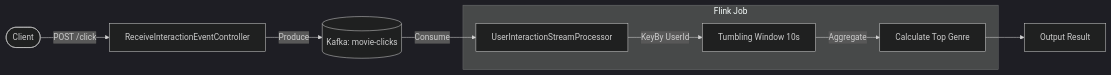
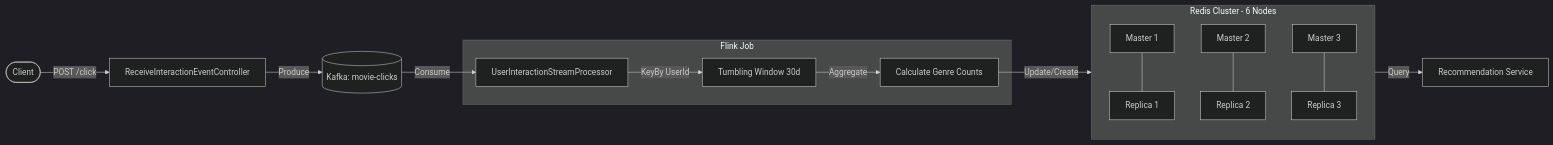
Before and after one commit to NTD98/RecommendationService: the diagram in README.md, drawn with Mermaid (dark theme). The commit also changed other lines of this file and 5 other files, not shown here.

````diff
--- a/README.md
+++ b/README.md
@@ -28,11 +31,20 @@
 ```mermaid
 graph LR
     Client([Client]) -- POST /click --> Controller[ReceiveInteractionEventController]
     Controller -- Produce --> Kafka[(Kafka: movie-clicks)]
     Kafka -- Consume --> Flink[UserInteractionStreamProcessor]
     subgraph Flink Job
-        Flink -- KeyBy UserId --> Window[Tumbling Window 10s]
-        Window -- Aggregate --> TopGenre[Calculate Top Genre]
+        Flink -- KeyBy UserId --> Window[Tumbling Window 30d]
+        Window -- Aggregate --> Logic[Calculate Genre Counts]
     end
-    TopGenre --> Output[Output Result]
+    Logic -- Update/Create --> RedisCluster
+    
+    subgraph RedisCluster [Redis Cluster - 6 Nodes]
+        direction TB
+        M1[Master 1] --- R1[Replica 1]
+        M2[Master 2] --- R2[Replica 2]
+        M3[Master 3] --- R3[Replica 3]
+    end
+    
+    RedisCluster -- Query --> Recommendation[Recommendation Service]
 ```
````
